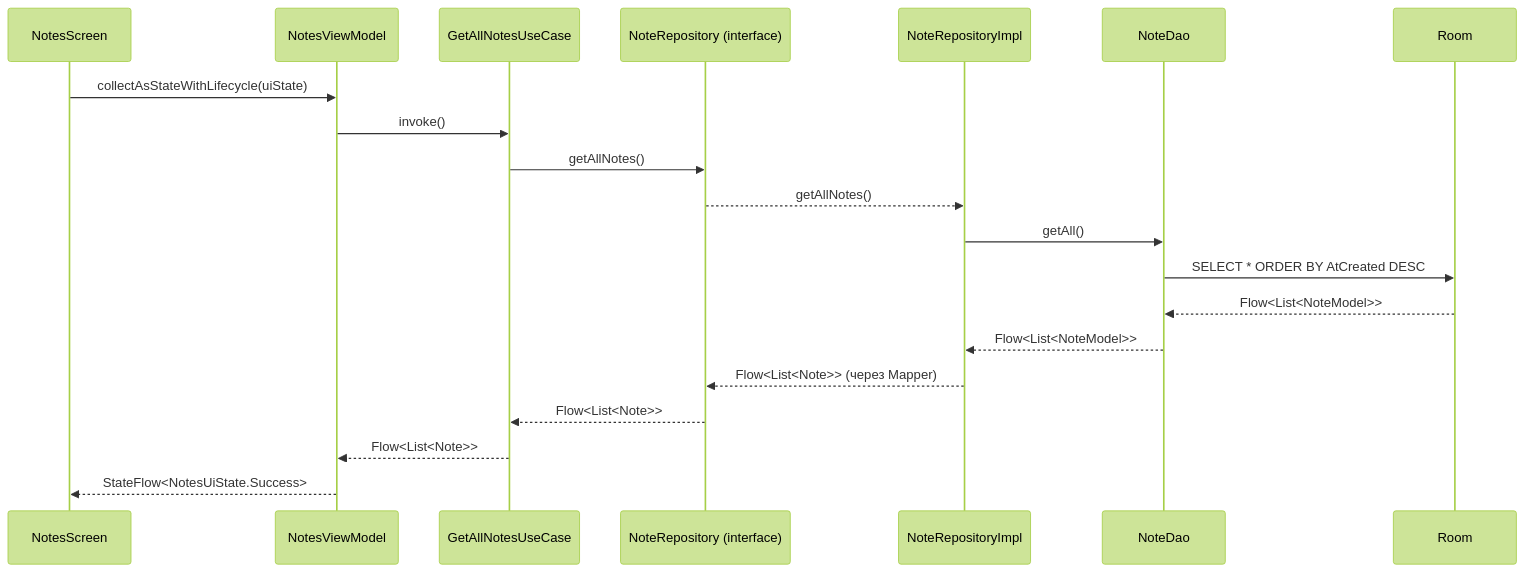
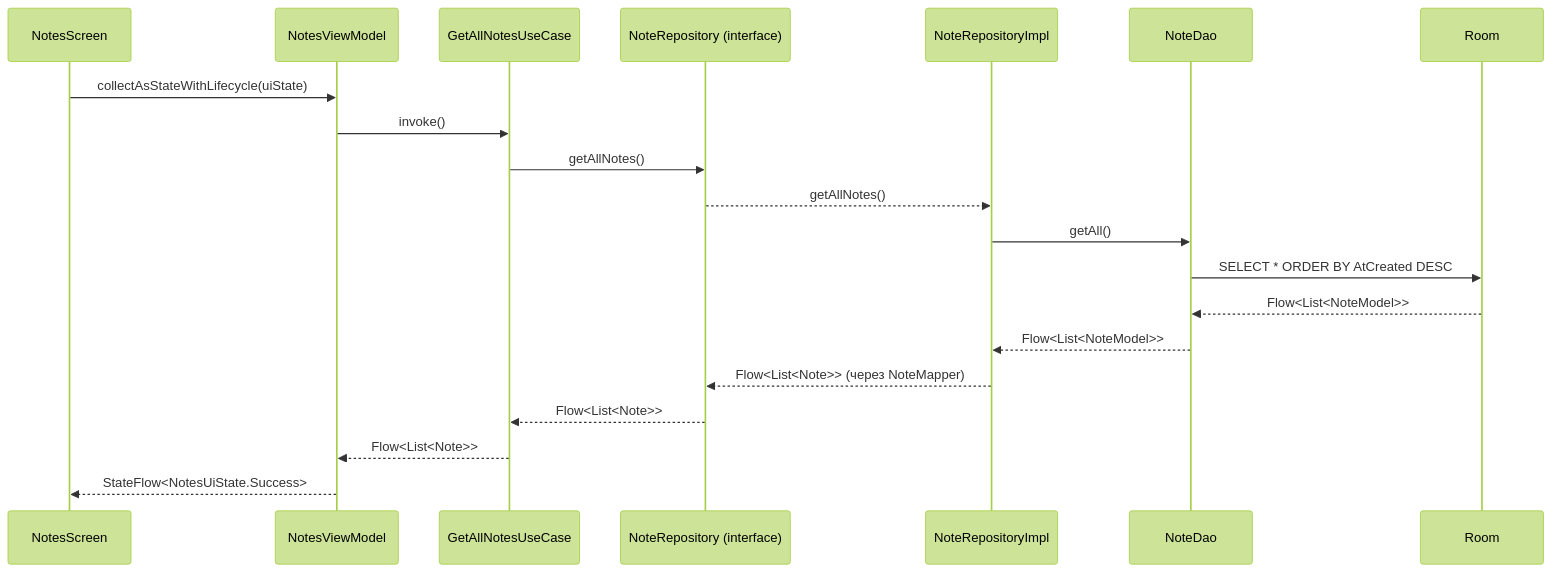
The first of 4 diagrams in docs/ARCHITECTURE.md (MaxGog/pagebook-android), drawn with Mermaid (forest theme) before and after one commit. The commit also changed other lines of this file and 28 other files, not shown here.

````diff
--- a/docs/ARCHITECTURE.md
+++ b/docs/ARCHITECTURE.md
@@ -67,23 +97,23 @@
 ```mermaid
 sequenceDiagram
     participant UI as NotesScreen
     participant VM as NotesViewModel
     participant UC as GetAllNotesUseCase
     participant Repo as NoteRepository (interface)
     participant Impl as NoteRepositoryImpl
     participant DAO as NoteDao
     participant DB as Room
 
     UI->>VM: collectAsStateWithLifecycle(uiState)
     VM->>UC: invoke()
     UC->>Repo: getAllNotes()
     Repo-->>Impl: getAllNotes()
     Impl->>DAO: getAll()
     DAO->>DB: SELECT * ORDER BY AtCreated DESC
     DB-->>DAO: Flow<List<NoteModel>>
     DAO-->>Impl: Flow<List<NoteModel>>
-    Impl-->>Repo: Flow<List<Note>> (через Mapper)
+    Impl-->>Repo: Flow<List<Note>> (через NoteMapper)
     Repo-->>UC: Flow<List<Note>>
     UC-->>VM: Flow<List<Note>>
     VM-->>UI: StateFlow<NotesUiState.Success>
 ```
````
